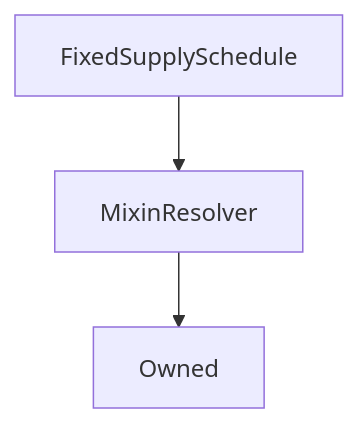
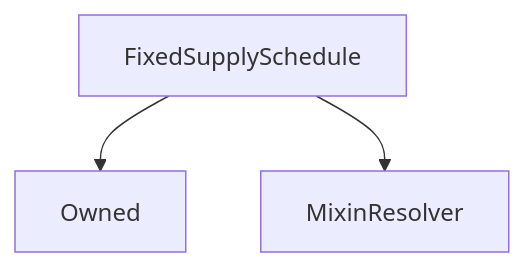
One commit to Synthetixio/synthetix-docs changed the diagram in content/contracts/source/contracts/FixedSupplySchedule.md. Above: the diagram before and after it, drawn with Mermaid. The commit also changed other lines of this file and 117 other files, not shown here.

````diff
--- a/content/contracts/source/contracts/FixedSupplySchedule.md
+++ b/content/contracts/source/contracts/FixedSupplySchedule.md
@@ -17,6 +17,6 @@
 ```mermaid
 graph TD
+    FixedSupplySchedule[FixedSupplySchedule] --> Owned[Owned]
     FixedSupplySchedule[FixedSupplySchedule] --> MixinResolver[MixinResolver]
-    MixinResolver[MixinResolver] --> Owned[Owned]
 
 ```
````
